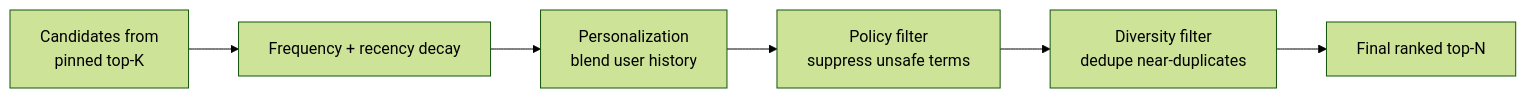
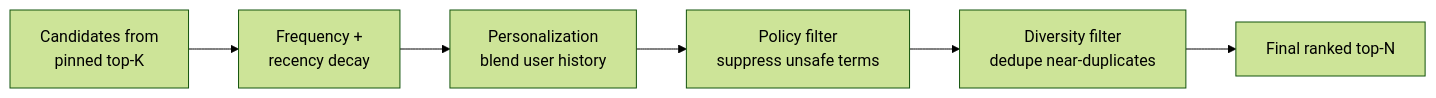
One commit to riyaz-pasha/Learnings changed diagram 12 of 16 in system-design/HLD/0-course/37-Typeahead-Suggestion-FAANG-Guide-story.md. Above: the diagram before and after it, drawn with Mermaid (forest theme). The commit also changed other lines of this file and 1 other file, not shown here.

Commit message:
[REWRITE] Typeahead Suggestion story guide: simplify prose, add structure, fix diagrams

````diff
--- a/system-design/HLD/0-course/37-Typeahead-Suggestion-FAANG-Guide-story.md
+++ b/system-design/HLD/0-course/37-Typeahead-Suggestion-FAANG-Guide-story.md
@@ -272,8 +550,8 @@
 ```mermaid
 flowchart LR
-    A["Candidates from\npinned top-K"] --> B["Frequency + recency decay"]
-    B --> C["Personalization\nblend user history"]
-    C --> D["Policy filter\nsuppress unsafe terms"]
-    D --> E["Diversity filter\ndedupe near-duplicates"]
+    A["Candidates from<br/>pinned top-K"] --> B["Frequency +<br/>recency decay"]
+    B --> C["Personalization<br/>blend user history"]
+    C --> D["Policy filter<br/>suppress unsafe terms"]
+    D --> E["Diversity filter<br/>dedupe near-duplicates"]
     E --> F["Final ranked top-N"]
 ```
````
